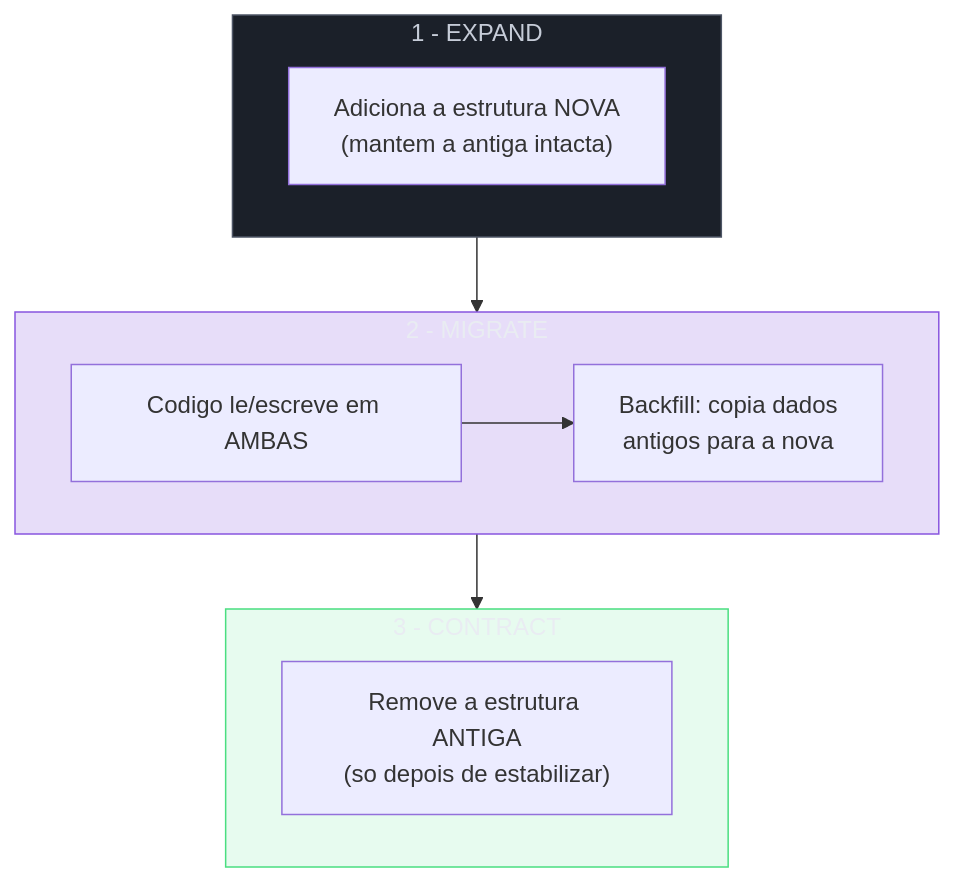
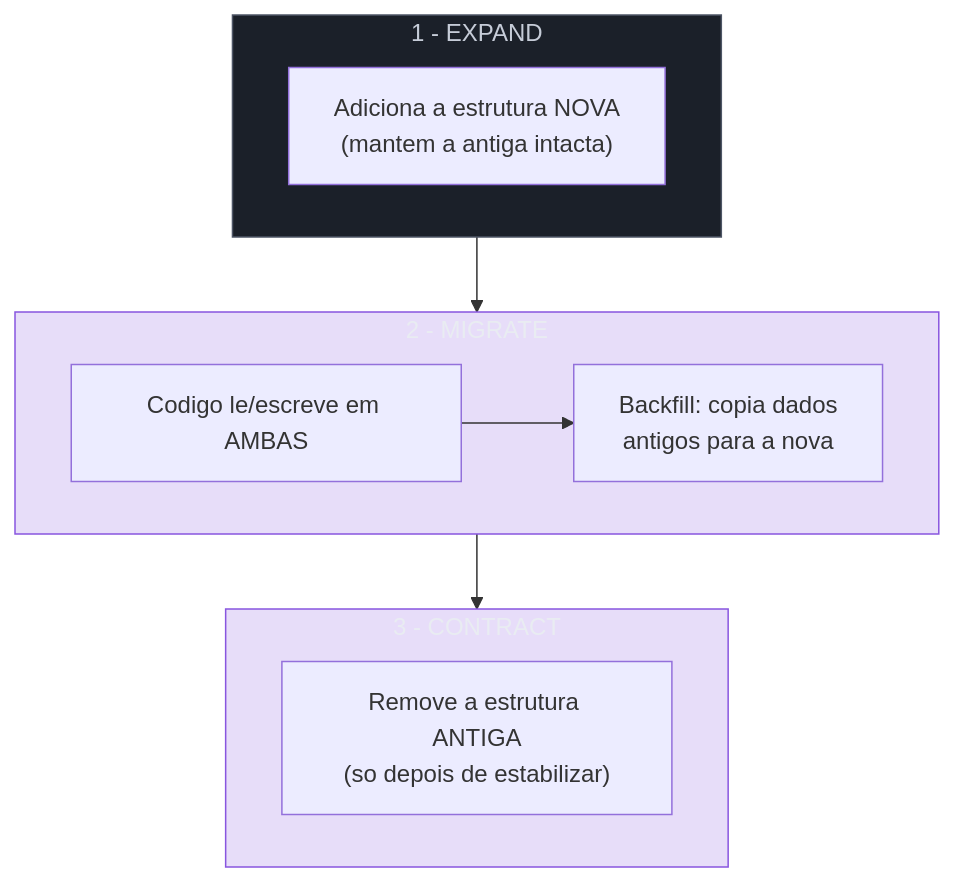
One commit to josenaldo/codex-technomanticus changed the second of 5 diagrams in 03-Dominios/Ciência/Banco de Dados/15 - Operação em produção.md. Above: the diagram before and after it, drawn with Mermaid. The commit also changed other lines of this file and 601 other files, not shown here.

````diff
--- a/03-Dominios/Ciência/Banco de Dados/15 - Operação em produção.md
+++ b/03-Dominios/Ciência/Banco de Dados/15 - Operação em produção.md
@@ -81,20 +82,19 @@
 ```mermaid
 flowchart TD
     classDef neutro fill:#1B2029,stroke:#4E5666,color:#C6CCD8
     classDef marca fill:#8855DF33,stroke:#8855DF,color:#E9ECF2
-    classDef ok fill:#4ADE8021,stroke:#4ADE80,color:#E9ECF2
     subgraph F1["1 - EXPAND"]
         A["Adiciona a estrutura NOVA<br/>(mantem a antiga intacta)"]
     end
     subgraph F2["2 - MIGRATE"]
         B["Codigo le/escreve em AMBAS"]
         B --> C["Backfill: copia dados<br/>antigos para a nova"]
     end
     subgraph F3["3 - CONTRACT"]
         D["Remove a estrutura ANTIGA<br/>(so depois de estabilizar)"]
     end
     F1 --> F2 --> F3
     class F1 neutro
     class F2 marca
-    class F3 ok
+    class F3 marca
 ```
````
